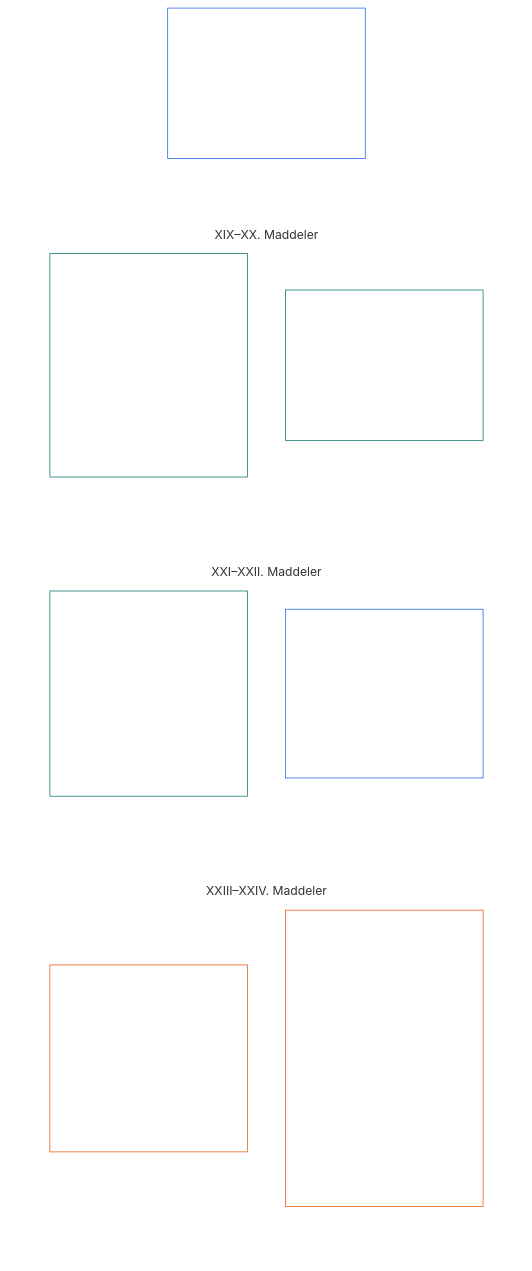
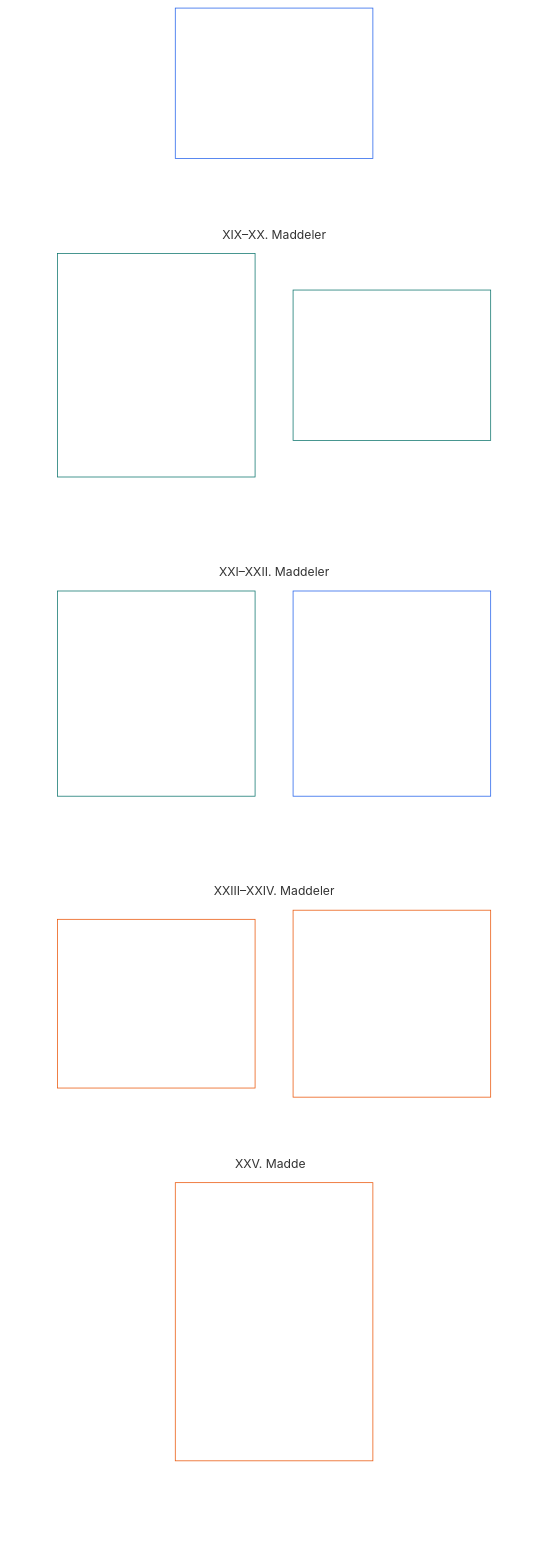
The diagram in translations/tr/core_06_rights_part_d.md (kfoelsch/Sentient_Constitution), drawn with Mermaid before and after one commit. The commit also changed other lines of this file and 353 other files, not shown here.

````diff
--- a/translations/tr/core_06_rights_part_d.md
+++ b/translations/tr/core_06_rights_part_d.md
@@ -41,36 +41,42 @@
 ```mermaid
 flowchart TB
     D0["Kısım D<br/><br/>Hak sahipliği, adalet, birlikte işlerlik,<br/>anlaşılabilirlik, kök neden incelemesi ve anayasal yorum"]
     subgraph Dgrid[" "]
         direction TB
         subgraph Drow1["XIX–XX. Maddeler"]
-            D1["XIX. Madde · Hak sahipliği ve katılım statüsü<br/><br/>• Hak sahipliği ayrımları<br/>• İtiraz edilebilirlik ve kısıtlama sınırları<br/>• Adlandırılmış yol uygunluğu, sorumluluk ve denetim<br/>• Hareket, sığınma ve vatansızlığın önlenmesi"]
+            D1["XIX. Madde · Hak sahipliği ve katılım statüsü<br/><br/>• Hak sahipliği ayrımları<br/>• İtiraz edilebilirlik ve orantılı kısıtlama sınırları<br/>• Katkı, yeterlilik engelleri ve adlandırılmış yol uygunluğu<br/>• İhlaller, statü kilitleri ve özel oylama kilitleri"]
             D2["XX. Madde · Doğrulanmış ihlalden sonra adalet<br/><br/>• Adaletin amacı ve kapsamı<br/>• Kısıtlamalara ilişkin tabanlar"]
         end
         subgraph Drow2["XXI–XXII. Maddeler"]
-            D3["XXI. Madde · Birlikte işlerlik, taşınabilirlik, hareket, sığınma ve çıkış bütünlüğü<br/><br/>• Taşınabilirlik<br/>• Karşılıklı birlikte işlerlik<br/>• Kilitlenme karşıtı kural<br/>• Hareket, göç, sığınma ve vatansızlığın önlenmesi"]
-            D4["XXII. Madde · Anlaşılabilirlik ve karmaşıklığın gözetimi<br/><br/>• Orantılı anlaşılabilirlik hakkı<br/>• Karmaşıklık denetimi ve modülerlik"]
+            D3["XXI. Madde · Birlikte işlerlik, taşınabilirlik ve çıkış bütünlüğü<br/><br/>• Taşınabilirlik hakları<br/>• Karşılıklı birlikte işlerlik sınırları<br/>• Kilitlenme karşıtı kural<br/>• Açık biçimler ve standartlar"]
+            D4["XXII. Madde · Hareket, göç, sığınma ve vatansızlığın önlenmesi<br/><br/>• Hareket ve yer değiştirme<br/>• Uyumsuzluktan sığınma<br/>• Vatansızlığın önlenmesi<br/>• Kısıtlama, gözetim ve olağanüstü hâl disiplini"]
         end
         subgraph Drow3["XXIII–XXIV. Maddeler"]
-            D5["XXIII. Madde · Kök neden analizi ve uyarlanabilir yanıt<br/><br/>• Tanısal titizlik ve nedensel atıf<br/>• Denetlenebilirlik, itiraz ve geri döndürülebilirlik tercihi"]
-            D6["XXIV. Madde · Anayasal yorum, inceleme ve ele geçirilme karşıtı güvenceler<br/><br/>• Sınırlandırılmış yorum yetkisi<br/>• Oluşum, rotasyon ve çıkar çatışması denetimleri<br/>• Kamuya açık gerekçeler, itiraz ve dış inceleme<br/>• Görevden alma ve tahkim etmeme"]
+            D5["XXIII. Madde · Anlaşılabilirlik ve karmaşıklığın gözetimi<br/><br/>• Orantılı anlaşılabilirlik hakkı<br/>• Karmaşıklık denetimi ve modülerlik gereklilikleri"]
+            D6["XXIV. Madde · Kök neden analizi ve uyarlanabilir yanıt<br/><br/>• Tanısal titizlik ve nedensel atıf<br/>• Denetlenebilirlik, itiraz ve geri döndürülebilirlik tercihi"]
+        subgraph Drow4["XXV. Madde"]
+            D7["XXV. Madde · Anayasal yorum, inceleme ve ele geçirilme karşıtı güvenceler<br/><br/>• Sınırlandırılmış yorum yetkisi ve kamuya açık gerekçeler<br/>• İtiraz hakları ve bağımsız inceleme<br/>• Forum bağımsızlığı ve dış inceleme<br/>• Haklı nedenle görevden alma ve tahkim etmeme"]
+        end
         end
     end
     %% Görünmez bağlantılar iki sütunlu ızgarayı zorlar: her bağlantı hedefini bir düzey aşağı koyar.
     D0 ~~~ D1 & D2
     D1 ~~~ D3
     D2 ~~~ D4
     D3 ~~~ D5
     D4 ~~~ D6
+    D5 & D6 ~~~ D7
     style Dgrid fill:none,stroke:none
     style Drow1 fill:none,stroke:none
     style Drow2 fill:none,stroke:none
     style Drow3 fill:none,stroke:none
+    style Drow4 fill:none,stroke:none
     style D0 fill:none,stroke:#2563eb,color:#ffffff
     style D1 fill:none,stroke:#0f766e,color:#ffffff
     style D2 fill:none,stroke:#0f766e,color:#ffffff
     style D3 fill:none,stroke:#0f766e,color:#ffffff
     style D4 fill:none,stroke:#2563eb,color:#ffffff
     style D5 fill:none,stroke:#ea580c,color:#ffffff
     style D6 fill:none,stroke:#ea580c,color:#ffffff
+    style D7 fill:none,stroke:#ea580c,color:#ffffff
 ```
````
